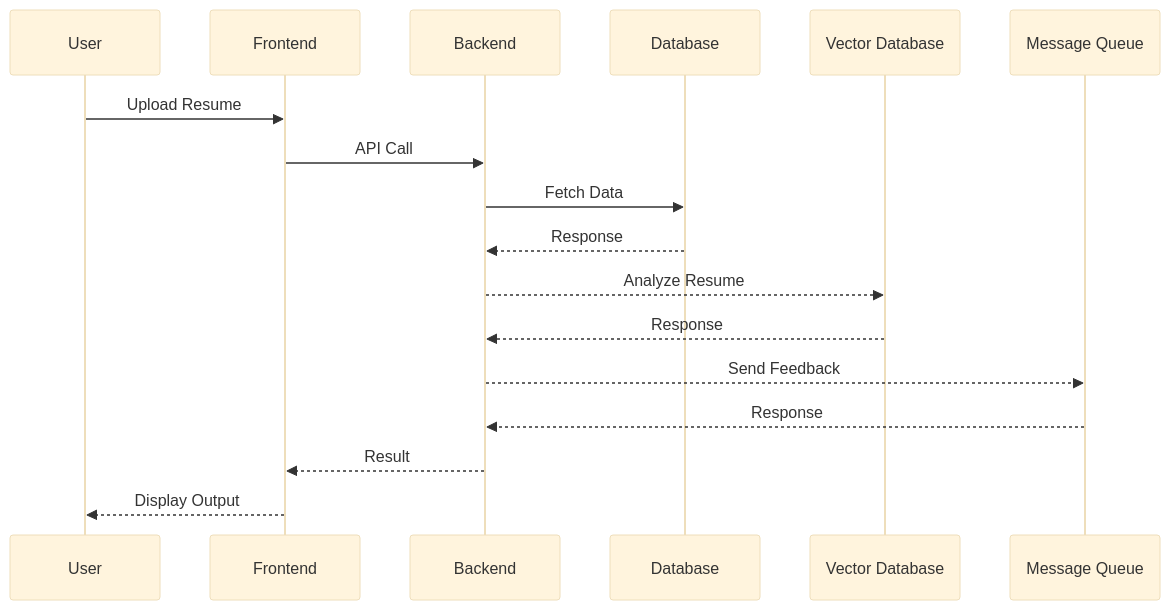
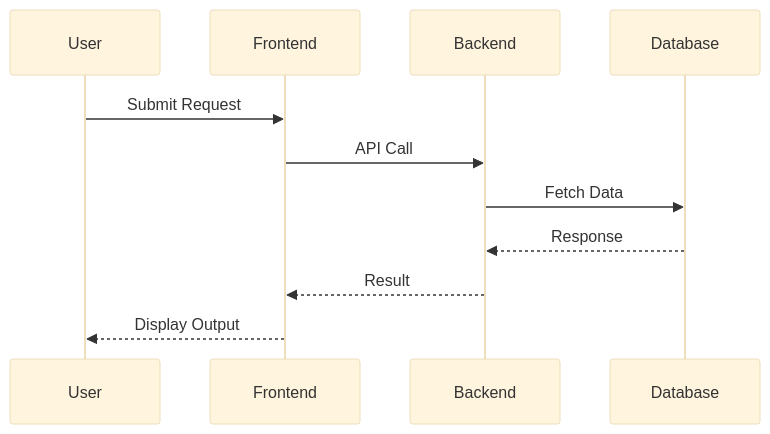
The second of 2 diagrams in output/architecture.md (KishanG02/ai-software-engineering-team), drawn with Mermaid (base theme) before and after one commit. The commit also changed other lines of this file and 10 other files, not shown here.

````diff
--- a/output/architecture.md
+++ b/output/architecture.md
@@ -64,14 +48,9 @@
 ```mermaid
 sequenceDiagram
-
-User->>Frontend: Upload Resume
+User->>Frontend: Submit Request
 Frontend->>Backend: API Call
 Backend->>Database: Fetch Data
 Database-->>Backend: Response
-Backend-->>Vector Database: Analyze Resume
-Vector Database-->>Backend: Response
-Backend-->>Message Queue: Send Feedback
-Message Queue-->>Backend: Response
 Backend-->>Frontend: Result
 Frontend-->>User: Display Output
 ```
````
